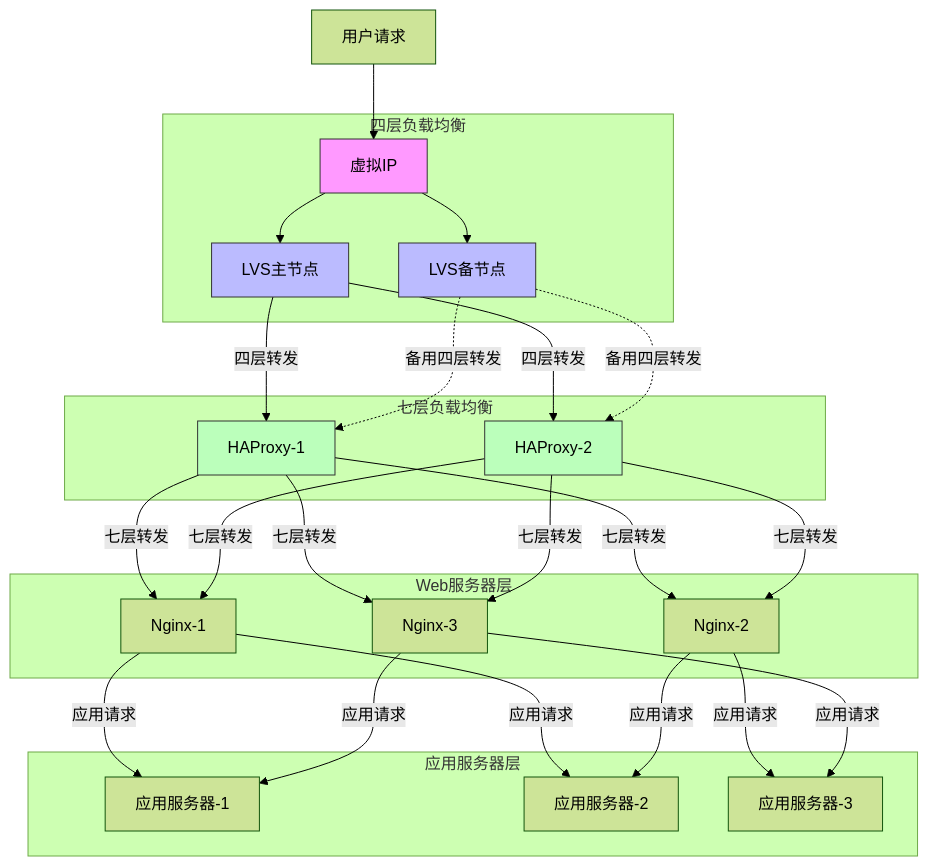
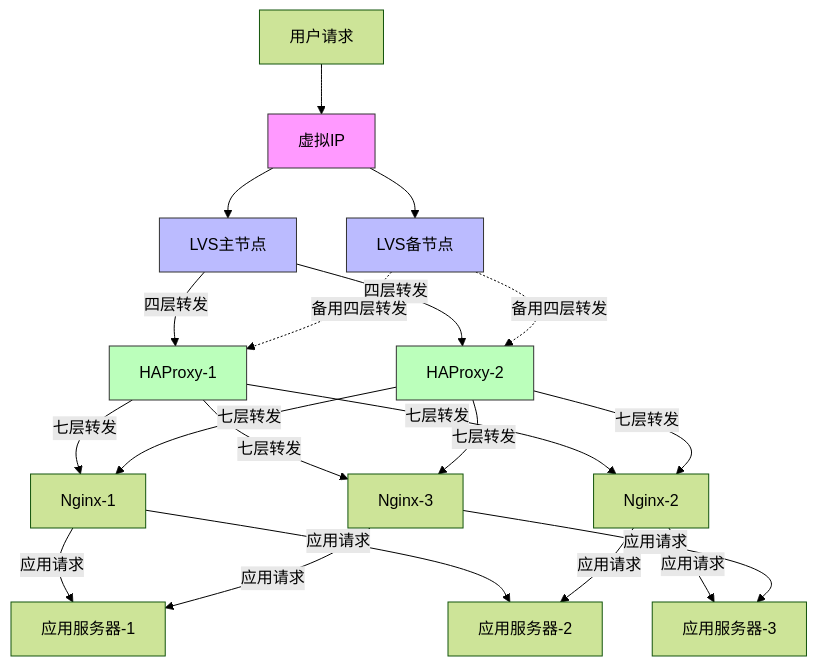
One commit to Tender-Liu/LinuxDevOps changed the first of 2 diagrams in Linux基础服务/day6-HAProxy.md. Above: the diagram before and after it, drawn with Mermaid (forest theme).

Commit message:
python函数编程与haproxy教学

````diff
--- a/Linux基础服务/day6-HAProxy.md
+++ b/Linux基础服务/day6-HAProxy.md
@@ -85,63 +85,49 @@
 ```mermaid
 flowchart TB
     Client[用户请求]
 
     VIP[虚拟IP]
     LVS1[LVS主节点]
     LVS2[LVS备节点]
 
     HA1[HAProxy-1]
     HA2[HAProxy-2]
 
     N1[Nginx-1]
     N2[Nginx-2]
     N3[Nginx-3]
 
     A1[应用服务器-1]
     A2[应用服务器-2]
     A3[应用服务器-3]
 
     Client --> VIP
-    VIP --> LVS1 & LVS2
-    LVS1 -->|四层转发| HA1 & HA2
-    LVS2 -.->|备用四层转发| HA1 & HA2
-    HA1 -->|七层转发| N1 & N2 & N3
-    HA2 -->|七层转发| N1 & N2 & N3
-    N1 -->|应用请求| A1 & A2
-    N2 -->|应用请求| A2 & A3
-    N3 -->|应用请求| A1 & A3
+    VIP --> LVS1
+    VIP --> LVS2
+    LVS1 -->|四层转发| HA1
+    LVS1 -->|四层转发| HA2
+    LVS2 -.->|备用四层转发| HA1
+    LVS2 -.->|备用四层转发| HA2
+    
+    HA1 -->|七层转发| N1
+    HA1 -->|七层转发| N2
+    HA1 -->|七层转发| N3
+    HA2 -->|七层转发| N1
+    HA2 -->|七层转发| N2
+    HA2 -->|七层转发| N3
+    
+    N1 -->|应用请求| A1
+    N1 -->|应用请求| A2
+    N2 -->|应用请求| A2
+    N2 -->|应用请求| A3
+    N3 -->|应用请求| A1
+    N3 -->|应用请求| A3
 
     style VIP fill:#f9f,stroke:#333
     style LVS1 fill:#bbf,stroke:#333
     style LVS2 fill:#bbf,stroke:#333
     style HA1 fill:#bfb,stroke:#333
     style HA2 fill:#bfb,stroke:#333
 
-    %% 添加说明标签
-    classDef labelStyle fill:#fff,stroke:none
-    class label labelStyle
-
-    subgraph 四层负载均衡
-        LVS1
-        LVS2
-        VIP
-    end
-
-    subgraph 七层负载均衡
-        HA1
-        HA2
-    end
-
-    subgraph Web服务器层
-        N1
-        N2
-        N3
-    end
-
-    subgraph 应用服务器层
-        A1
-        A2
-        A3
-    end
 
 ```
````
